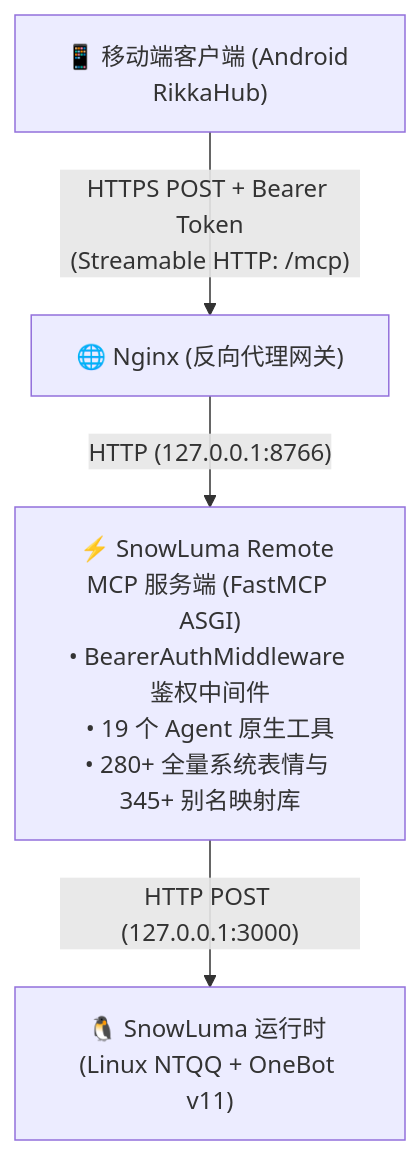
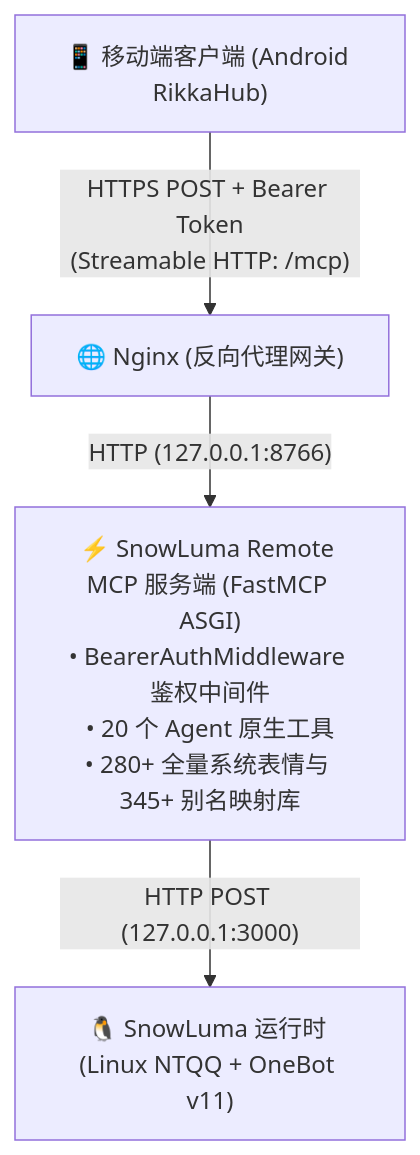
The diagram in README_zh.md (MorphieEndless/snowluma-remote-mcp), drawn with Mermaid before and after one commit. The commit also changed other lines of this file and 1 other file, not shown here.

````diff
--- a/README_zh.md
+++ b/README_zh.md
@@ -49,6 +49,6 @@
 ```mermaid
 flowchart TD
     Client["📱 移动端客户端 (Android RikkaHub)"] -->|"HTTPS POST + Bearer Token<br/>(Streamable HTTP: /mcp)"| Nginx["🌐 Nginx (反向代理网关)"]
-    Nginx -->|"HTTP (127.0.0.1:8766)"| MCP["⚡ SnowLuma Remote MCP 服务端 (FastMCP ASGI)<br/>• BearerAuthMiddleware 鉴权中间件<br/>• 19 个 Agent 原生工具<br/>• 280+ 全量系统表情与 345+ 别名映射库"]
+    Nginx -->|"HTTP (127.0.0.1:8766)"| MCP["⚡ SnowLuma Remote MCP 服务端 (FastMCP ASGI)<br/>• BearerAuthMiddleware 鉴权中间件<br/>• 20 个 Agent 原生工具<br/>• 280+ 全量系统表情与 345+ 别名映射库"]
     MCP -->|"HTTP POST (127.0.0.1:3000)"| SnowLuma["🐧 SnowLuma 运行时 (Linux NTQQ + OneBot v11)"]
 ```
````
